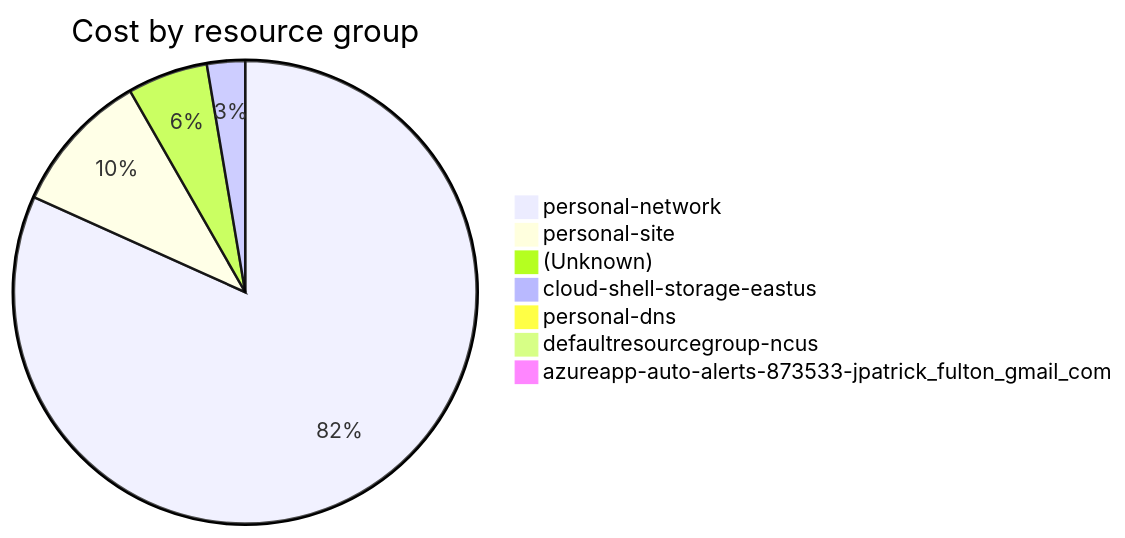
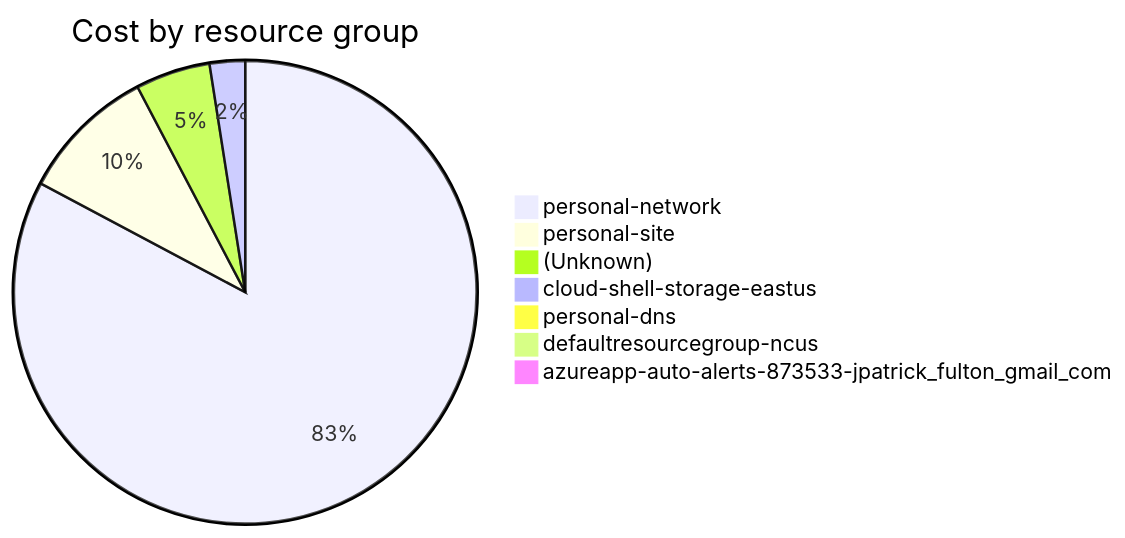
One commit to jpfulton/azure-personal-reports changed the fourth of 4 diagrams in cost-reports/accumulated-cost.md. Above: the diagram before and after it, drawn with Mermaid. The commit also changed other lines of this file and 4 other files, not shown here.

````diff
--- a/cost-reports/accumulated-cost.md
+++ b/cost-reports/accumulated-cost.md
@@ -159,11 +159,11 @@
 ```mermaid
 pie
    title Cost by resource group
-   "personal-network" : 170.64
-   "personal-site" : 20.86
-   "(Unknown)" : 11.71
-   "cloud-shell-storage-eastus" : 5.56
-   "personal-dns" : 0.55
+   "personal-network" : 186.30
+   "personal-site" : 21.45
+   "(Unknown)" : 11.74
+   "cloud-shell-storage-eastus" : 5.57
+   "personal-dns" : 0.59
    "defaultresourcegroup-ncus" : 0.00
    "azureapp-auto-alerts-873533-jpatrick_fulton_gmail_com" : 0.00
 ```
````
